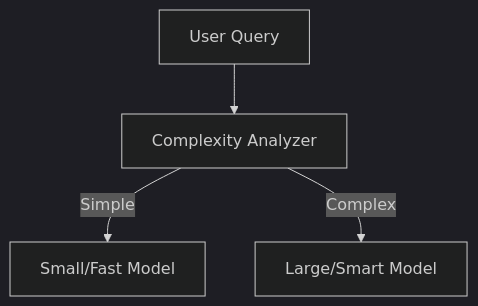
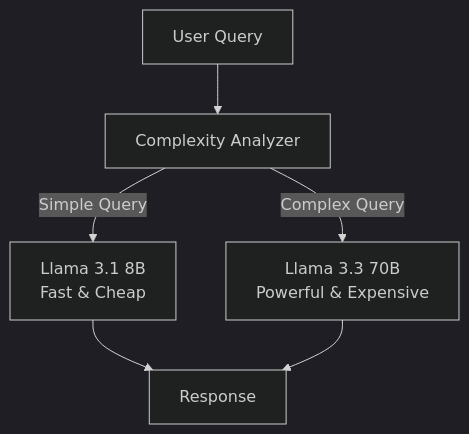
One commit to sydasif/lang-chain-guide changed the second of 4 diagrams in docs/03_dynamic_behavior.md. Above: the diagram before and after it, drawn with Mermaid (dark theme). The commit also changed other lines of this file, not shown here.

````diff
--- a/docs/03_dynamic_behavior.md
+++ b/docs/03_dynamic_behavior.md
@@ -75,6 +202,8 @@
 ```mermaid
 graph TD
     Input[User Query] --> Analyzer[Complexity Analyzer]
-    Analyzer -->|Simple| FastModel[Small/Fast Model]
-    Analyzer -->|Complex| SmartModel[Large/Smart Model]
+    Analyzer -->|Simple Query| FastModel[Llama 3.1 8B<br/>Fast & Cheap]
+    Analyzer -->|Complex Query| SmartModel[Llama 3.3 70B<br/>Powerful & Expensive]
+    FastModel --> Response[Response]
+    SmartModel --> Response
 ```
````
